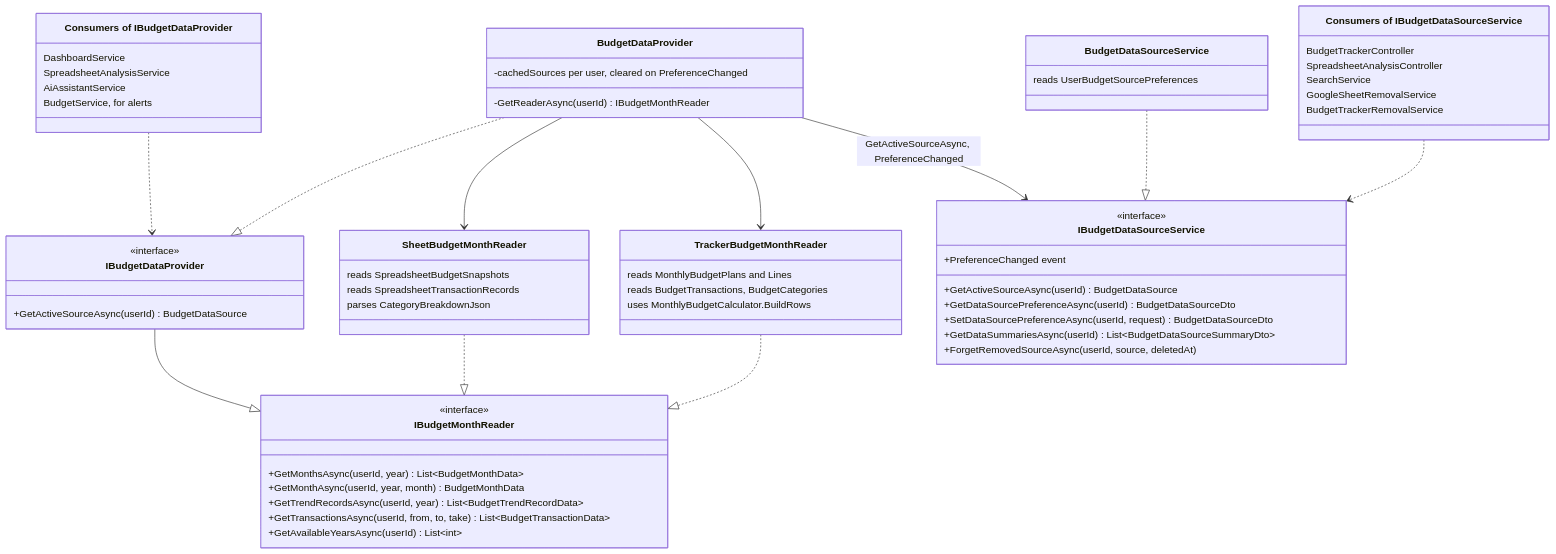
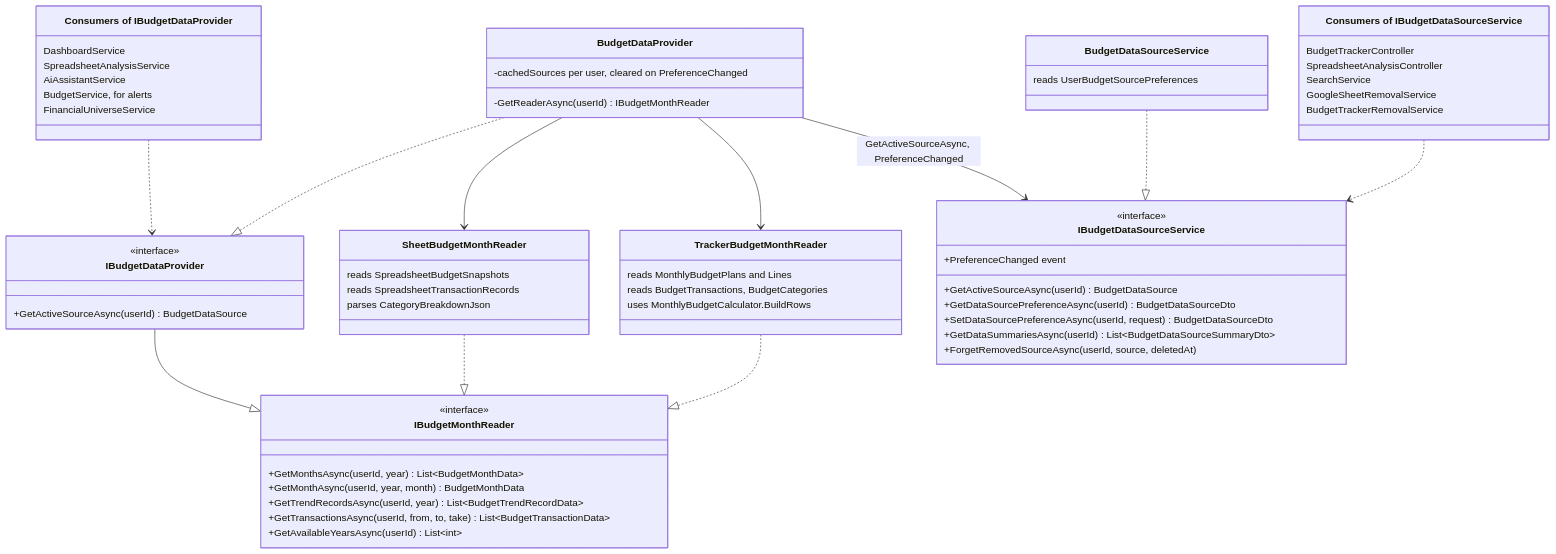
Diagram 11 of 28 in docs/DIAGRAMS.md (tngo0508/PersonalFinance), drawn with Mermaid before and after one commit. The commit also changed other lines of this file and 38 other files, not shown here.

````diff
--- a/docs/DIAGRAMS.md
+++ b/docs/DIAGRAMS.md
@@ -845,67 +846,68 @@
 ```mermaid
 classDiagram
     direction TB
 
     class IBudgetMonthReader {
         <<interface>>
         +GetMonthsAsync(userId, year) List~BudgetMonthData~
         +GetMonthAsync(userId, year, month) BudgetMonthData
         +GetTrendRecordsAsync(userId, year) List~BudgetTrendRecordData~
         +GetTransactionsAsync(userId, from, to, take) List~BudgetTransactionData~
         +GetAvailableYearsAsync(userId) List~int~
     }
     class IBudgetDataProvider {
         <<interface>>
         +GetActiveSourceAsync(userId) BudgetDataSource
     }
     class BudgetDataProvider {
         -cachedSources per user, cleared on PreferenceChanged
         -GetReaderAsync(userId) IBudgetMonthReader
     }
     class SheetBudgetMonthReader {
         reads SpreadsheetBudgetSnapshots
         reads SpreadsheetTransactionRecords
         parses CategoryBreakdownJson
     }
     class TrackerBudgetMonthReader {
         reads MonthlyBudgetPlans and Lines
         reads BudgetTransactions, BudgetCategories
         uses MonthlyBudgetCalculator.BuildRows
     }
     class IBudgetDataSourceService {
         <<interface>>
         +PreferenceChanged event
         +GetActiveSourceAsync(userId) BudgetDataSource
         +GetDataSourcePreferenceAsync(userId) BudgetDataSourceDto
         +SetDataSourcePreferenceAsync(userId, request) BudgetDataSourceDto
         +GetDataSummariesAsync(userId) List~BudgetDataSourceSummaryDto~
         +ForgetRemovedSourceAsync(userId, source, deletedAt)
     }
     class BudgetDataSourceService {
         reads UserBudgetSourcePreferences
     }
     class ProviderConsumers["Consumers of IBudgetDataProvider"] {
         DashboardService
         SpreadsheetAnalysisService
         AiAssistantService
         BudgetService, for alerts
+        FinancialUniverseService
     }
     class SourceConsumers["Consumers of IBudgetDataSourceService"] {
         BudgetTrackerController
         SpreadsheetAnalysisController
         SearchService
         GoogleSheetRemovalService
         BudgetTrackerRemovalService
     }
 
     IBudgetDataProvider --|> IBudgetMonthReader
     BudgetDataProvider ..|> IBudgetDataProvider
     SheetBudgetMonthReader ..|> IBudgetMonthReader
     TrackerBudgetMonthReader ..|> IBudgetMonthReader
     BudgetDataProvider --> SheetBudgetMonthReader
     BudgetDataProvider --> TrackerBudgetMonthReader
     BudgetDataProvider --> IBudgetDataSourceService : GetActiveSourceAsync, PreferenceChanged
     BudgetDataSourceService ..|> IBudgetDataSourceService
     ProviderConsumers ..> IBudgetDataProvider
     SourceConsumers ..> IBudgetDataSourceService
 ```
````
